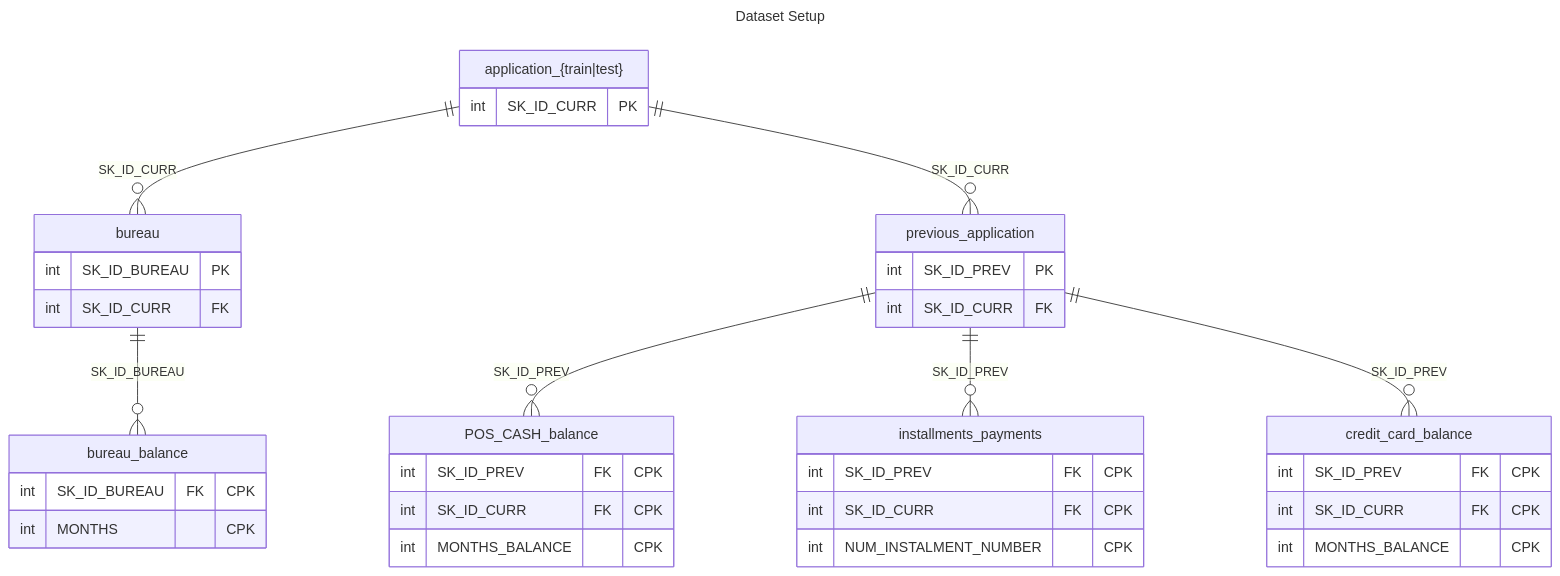
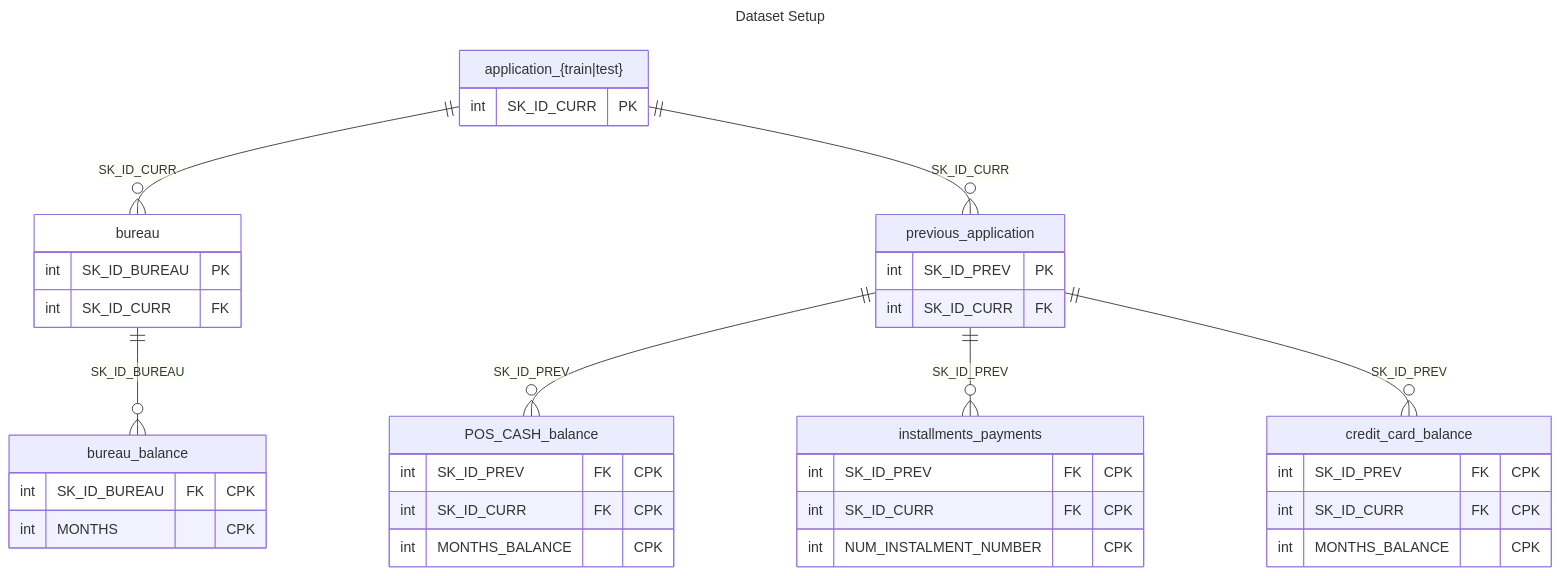
One commit to bkusuma/home-credit-default-risk changed the diagram in README.md. Above: the diagram before and after it, drawn with Mermaid.

````diff
--- a/README.md
+++ b/README.md
@@ -44,43 +44,46 @@
 ```mermaid
 ---
 title: Dataset Setup
 ---
 erDiagram
     "application_{train|test}" {
         int SK_ID_CURR PK
     }
     bureau {
         int SK_ID_BUREAU PK
         int SK_ID_CURR FK
     }
     previous_application {
         int SK_ID_PREV PK
         int SK_ID_CURR FK
     }
     bureau_balance {
         int SK_ID_BUREAU FK "CPK"
         int MONTHS "CPK"
     }
     POS_CASH_balance {
         int SK_ID_PREV FK "CPK"
         int SK_ID_CURR FK "CPK"
         int MONTHS_BALANCE "CPK"
     }
     installments_payments {
         int SK_ID_PREV FK "CPK"
         int SK_ID_CURR FK "CPK"
         int NUM_INSTALMENT_NUMBER "CPK"
     }
     credit_card_balance {
         int SK_ID_PREV FK "CPK"
         int SK_ID_CURR FK "CPK" 
         int MONTHS_BALANCE "CPK"
     }
 
     "application_{train|test}" ||--o{ bureau : "SK_ID_CURR"
     "application_{train|test}" ||--o{ previous_application : "SK_ID_CURR"
     bureau ||--o{ bureau_balance : "SK_ID_BUREAU"
     previous_application ||--o{ POS_CASH_balance: "SK_ID_PREV"
     previous_application ||--o{ installments_payments : "SK_ID_PREV"
     previous_application ||--o{ credit_card_balance : "SK_ID_PREV"
+
+    style bureau fill:white
+
 ```
````
